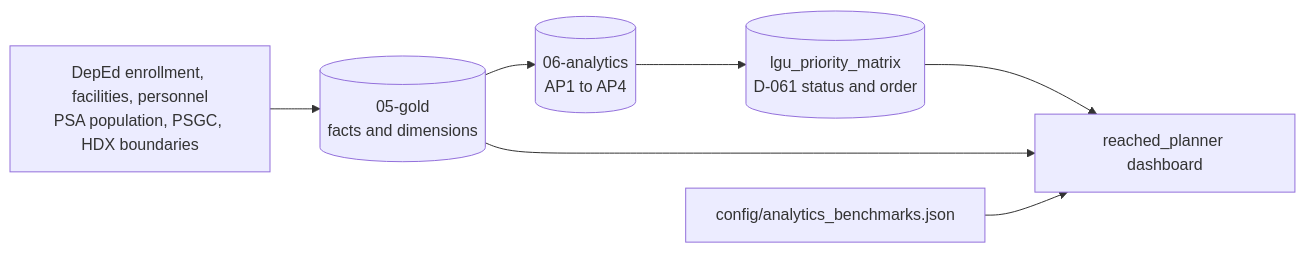
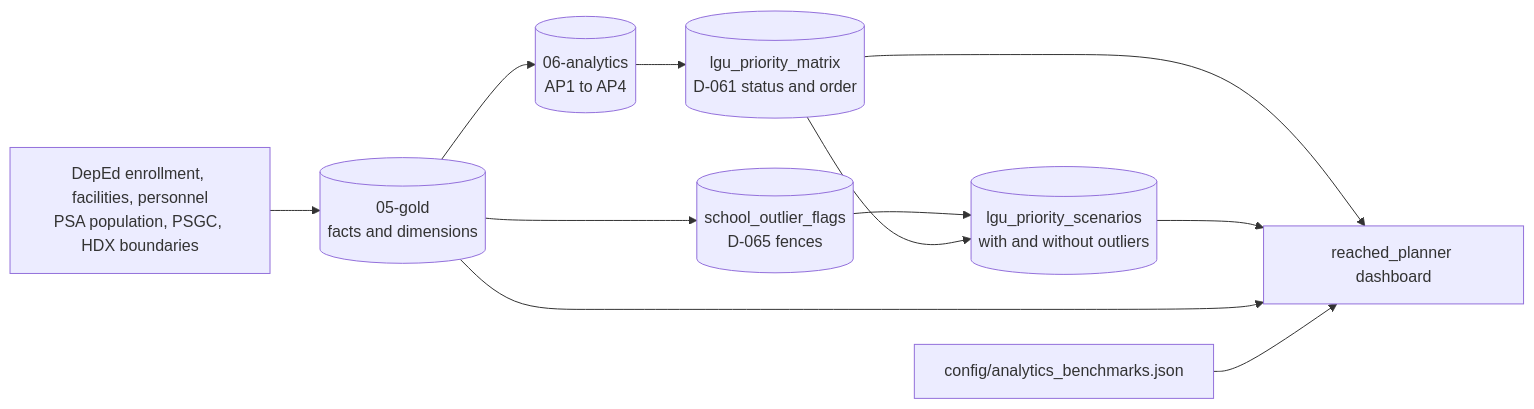
The second of 2 diagrams in dashboards/planner-guide.md (reached-hq/edu-access-intelligence), drawn with Mermaid before and after one commit. The commit also changed other lines of this file, not shown here.

Commit message:
Add the suspected-outlier filter, outlier check and D-065 tables to the planner guide

````diff
--- a/dashboards/planner-guide.md
+++ b/dashboards/planner-guide.md
@@ -367,9 +419,13 @@
 ```mermaid
 flowchart LR
     src[DepEd enrollment, facilities, personnel<br/>PSA population, PSGC, HDX boundaries] --> gold[(05-gold<br/>facts and dimensions)]
     gold --> ap[(06-analytics<br/>AP1 to AP4)]
     ap --> matrix[(lgu_priority_matrix<br/>D-061 status and order)]
+    gold --> flags[(school_outlier_flags<br/>D-065 fences)]
+    flags --> scen[(lgu_priority_scenarios<br/>with and without outliers)]
+    matrix --> scen
     matrix --> dash[reached_planner dashboard]
+    scen --> dash
     gold --> dash
     refs[config/analytics_benchmarks.json] --> dash
 ```
````
